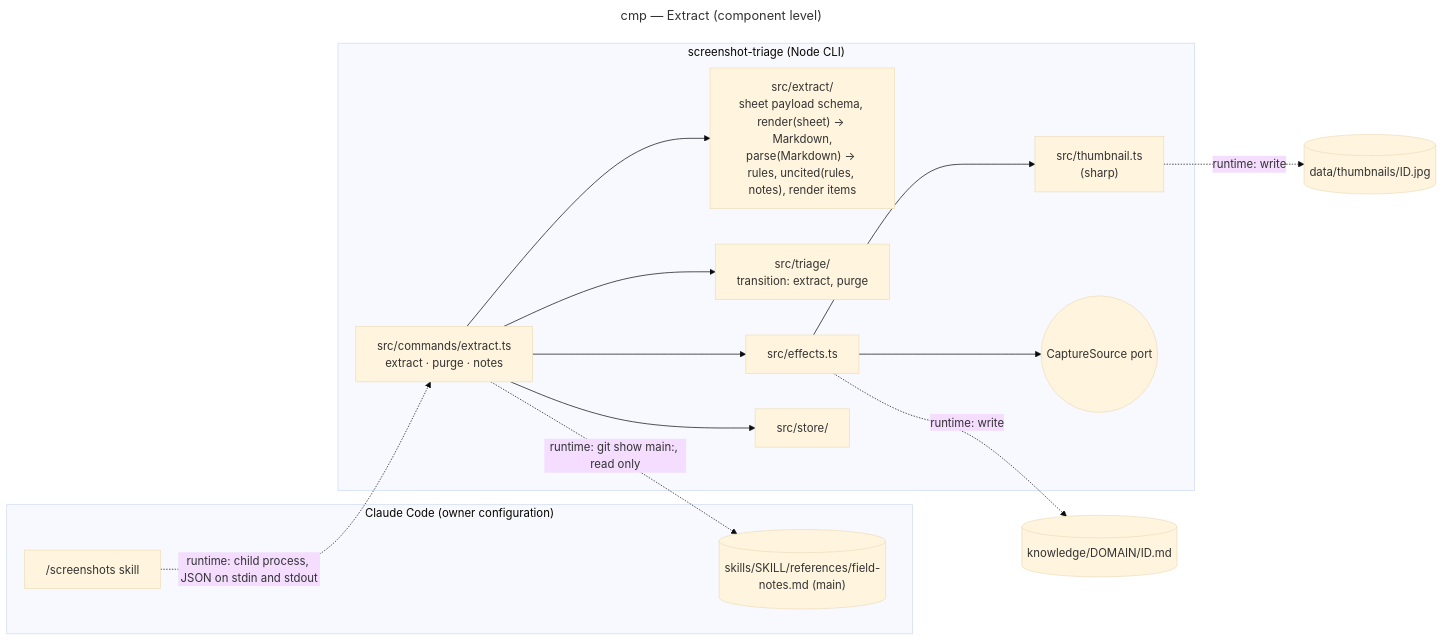
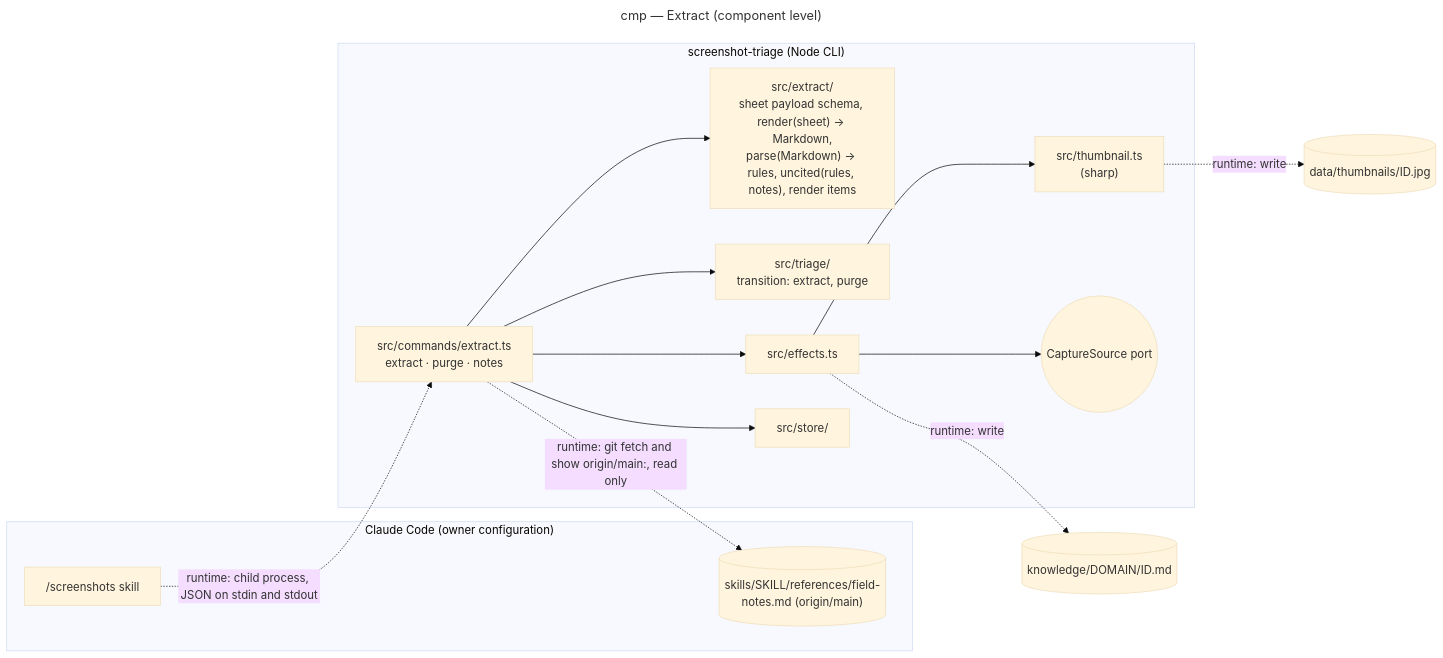
The diagram in docs/architecture/diagrams/extract/03-component.md (benoit-bremaud/screenshot-triage), drawn with Mermaid (base theme) before and after one commit. The commit also changed 8 other files, not shown here.

First line of the commit message:
docs(extract/architecture): fix review round 2 findings

````diff
--- a/docs/architecture/diagrams/extract/03-component.md
+++ b/docs/architecture/diagrams/extract/03-component.md
@@ -13,29 +13,29 @@
 ```mermaid
 ---
 title: cmp — Extract (component level)
 ---
 flowchart LR
   subgraph Claude ["Claude Code (owner configuration)"]
     Skill["/screenshots skill"]
-    Notes[("skills/SKILL/references/field-notes.md (main)")]
+    Notes[("skills/SKILL/references/field-notes.md (origin/main)")]
   end
   subgraph Repo ["screenshot-triage (Node CLI)"]
     Cmd["src/commands/extract.ts<br/>extract · purge · notes"]
     Extract["src/extract/<br/>sheet payload schema, render(sheet) → Markdown,<br/>parse(Markdown) → rules, uncited(rules, notes), render items"]
     Thumb["src/thumbnail.ts<br/>(sharp)"]
     Triage["src/triage/<br/>transition: extract, purge"]
     Effects["src/effects.ts"]
     Store["src/store/"]
     Port(("CaptureSource port"))
     Cmd --> Extract
     Cmd --> Triage
     Cmd --> Effects
     Cmd --> Store
     Effects --> Thumb
     Effects --> Port
   end
   Skill -.->|"runtime: child process, JSON on stdin and stdout"| Cmd
-  Cmd -.->|"runtime: git show main:, read only"| Notes
+  Cmd -.->|"runtime: git fetch and show origin/main:, read only"| Notes
   Effects -.->|"runtime: write"| Sheets[("knowledge/DOMAIN/ID.md")]
   Thumb -.->|"runtime: write"| Thumbs[("data/thumbnails/ID.jpg")]
 ```
````
